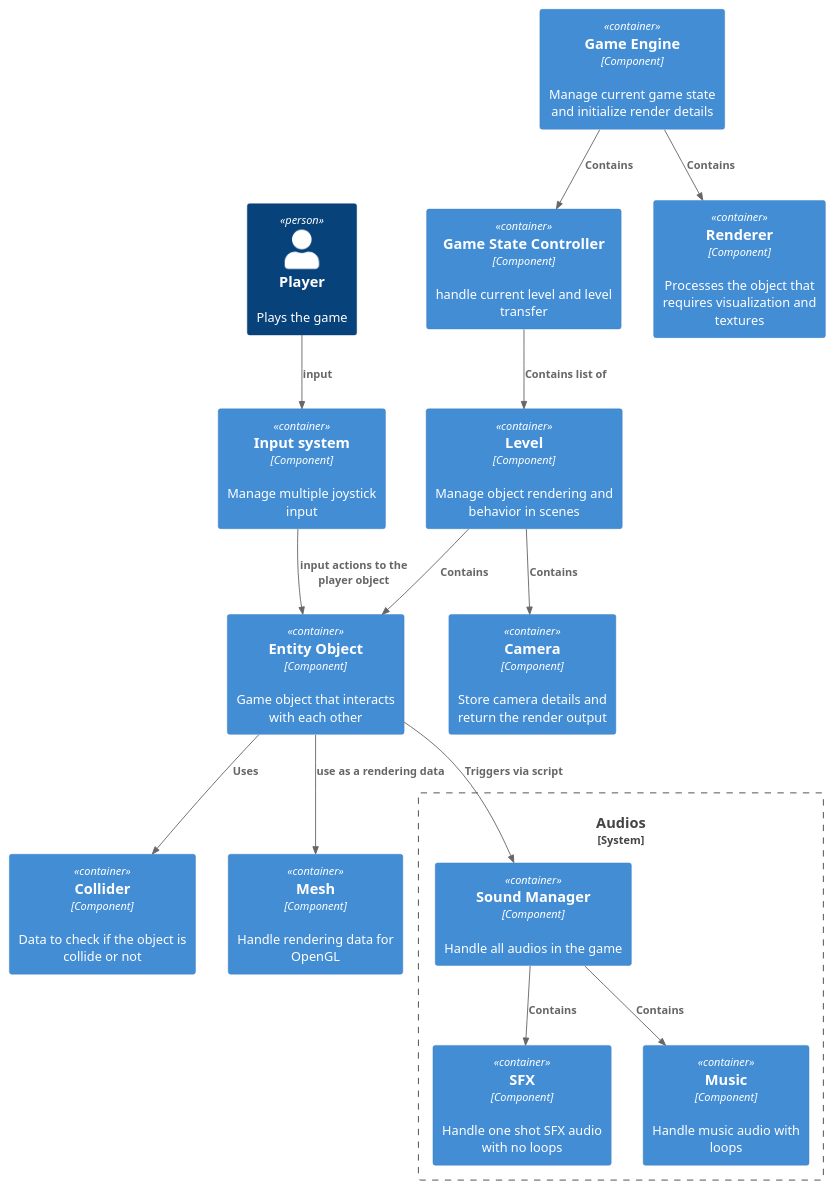
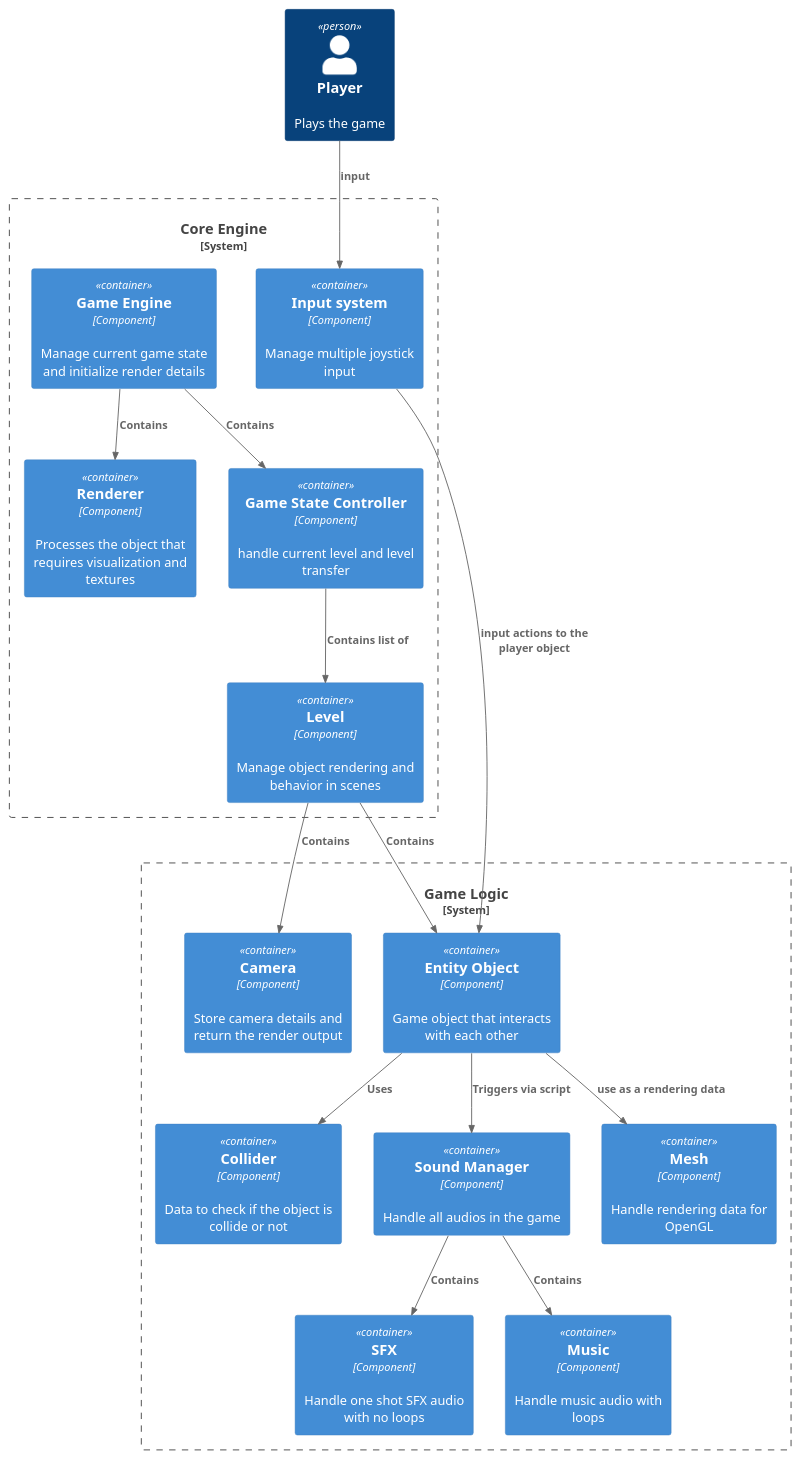
The diagram in class.puml (ElCappucino/DT468-Assignment3_Bunyapon_Papran_Sarun), drawn with PlantUML before and after one commit. The commit also changed 1 other file, not shown here.

```diff
--- a/class.puml
+++ b/class.puml
@@ -1,50 +1,53 @@
 @startuml C4_Elements
 !include https://raw.githubusercontent.com/plantuml-stdlib/C4-PlantUML/master/C4_Container.puml
 
 Person(player, "Player", "Plays the game")
 
-Container(EntityObject, "Entity Object", "Component", "Game object that interacts with each other")
 
-System_Boundary(c2, "Audios"){
+
+System_Boundary(c1, "Game Logic"){
+    Container(EntityObject, "Entity Object", "Component", "Game object that interacts with each other")
+
+    Container(Collider, "Collider", "Component", "Data to check if the object is collide or not")
+
+    Container(Camera, "Camera", "Component", "Store camera details and return the render output")
+
     Container(SoundManager, "Sound Manager", "Component", "Handle all audios in the game")
     Container(SFX, "SFX", "Component", "Handle one shot SFX audio with no loops")
     Container(Music, "Music", "Component", "Handle music audio with loops")
+
+    Container(Mesh, "Mesh", "Component", "Handle rendering data for OpenGL")
 }
-
-Container(Collider, "Collider", "Component", "Data to check if the object is collide or not")
-
-Container(Camera, "Camera", "Component", "Store camera details and return the render output")
-
-Container(GameEngine, "Game Engine", "Component", "Manage current game state and initialize render details")
-Container(GameStateController, "Game State Controller", "Component", "handle current level and level transfer")
-
-Container(Renderer, "Renderer", "Component", "Processes the object that requires visualization and textures")
-
-Container(InputSystem, "Input system", "Component", "Manage multiple joystick input")
 
 
 
-Container(Level, "Level", "Component", "Manage object rendering and behavior in scenes")
+System_Boundary(c2, "Core Engine"){
+    Container(GameEngine, "Game Engine", "Component", "Manage current game state and initialize render details")
+    Container(GameStateController, "Game State Controller", "Component", "handle current level and level transfer")
 
-Container(Mesh, "Mesh", "Component", "Handle rendering data for OpenGL")
+    Container(Renderer, "Renderer", "Component", "Processes the object that requires visualization and textures")
+    Container(Level, "Level", "Component", "Manage object rendering and behavior in scenes")
+
+    Container(InputSystem, "Input system", "Component", "Manage multiple joystick input")
+}
 
 Rel(player, InputSystem, "input")
 Rel(InputSystem, EntityObject, "input actions to the player object")
 
 Rel(EntityObject, Collider, "Uses")
 
 Rel(SoundManager, SFX, "Contains")
 Rel(SoundManager, Music, "Contains")
 
 Rel(EntityObject, SoundManager, "Triggers via script")
 
 Rel(Level, EntityObject, "Contains")
 Rel(Level, Camera, "Contains")
 
 Rel(GameEngine, Renderer, "Contains")
 Rel(GameEngine, GameStateController, "Contains")
 Rel(GameStateController, Level, "Contains list of")
 Rel(EntityObject, Mesh, "use as a rendering data")
 
 
 @enduml
```
